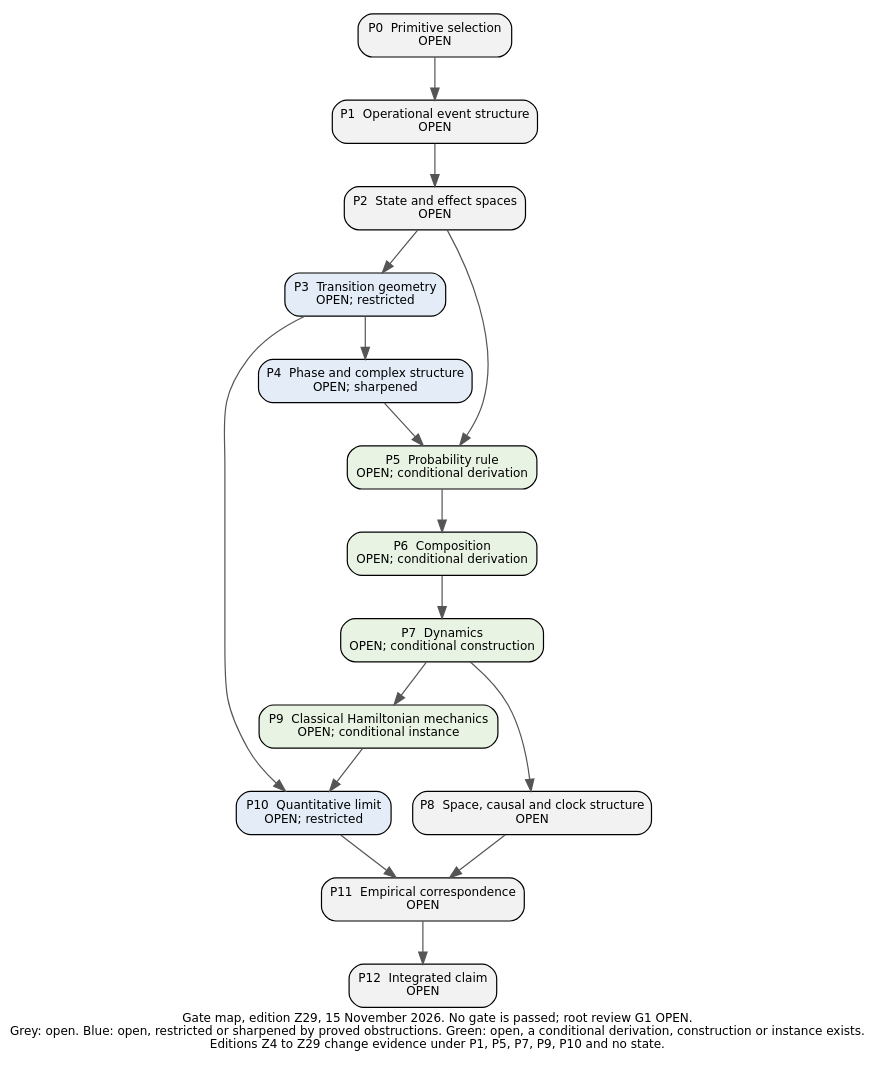
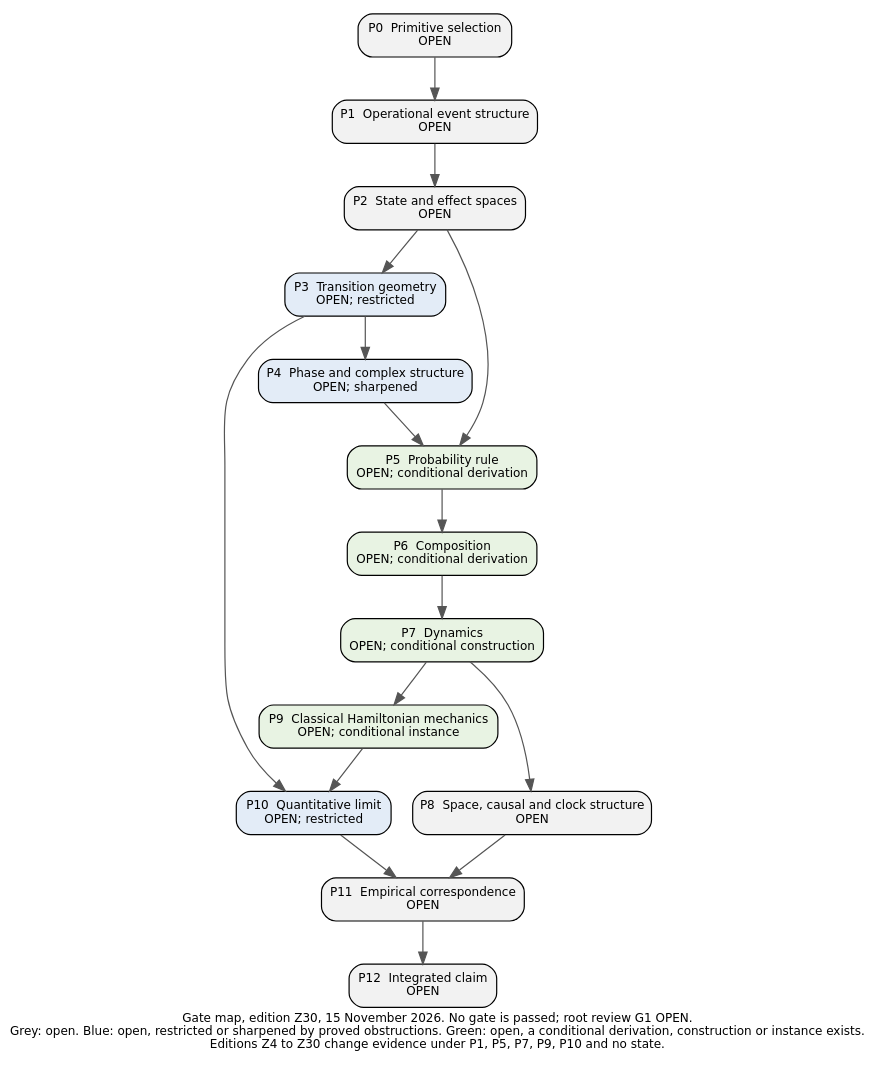
The diagram in edition/PROGRAM/figures/Gate_Map_2026-11-13.dot (KirtusJ/From-Prephysical-Hypotheses-to-Physical-Models), drawn with Graphviz before and after one commit. The commit also changed 132 other files, not shown here.

```diff
--- a/edition/PROGRAM/figures/Gate_Map_2026-11-13.dot
+++ b/edition/PROGRAM/figures/Gate_Map_2026-11-13.dot
@@ -1,30 +1,30 @@
-digraph G { rankdir=TB; node [shape=box, style="filled,rounded", fontname="DejaVu Sans", fontsize=10, margin="0.12,0.07"]; edge [color="#555555"]; label="Gate map, edition Z29, 15 November 2026. No gate is passed; root review G1 OPEN.\nGrey: open. Blue: open, restricted or sharpened by proved obstructions. Green: open, a conditional derivation, construction or instance exists.\nEditions Z4 to Z29 change evidence under P1, P5, P7, P9, P10 and no state."; fontname="DejaVu Sans"; fontsize=10; labelloc=b;
+digraph G { rankdir=TB; node [shape=box, style="filled,rounded", fontname="DejaVu Sans", fontsize=10, margin="0.12,0.07"]; edge [color="#555555"]; label="Gate map, edition Z30, 15 November 2026. No gate is passed; root review G1 OPEN.\nGrey: open. Blue: open, restricted or sharpened by proved obstructions. Green: open, a conditional derivation, construction or instance exists.\nEditions Z4 to Z30 change evidence under P1, P5, P7, P9, P10 and no state."; fontname="DejaVu Sans"; fontsize=10; labelloc=b;
 P0 [label="P0  Primitive selection\nOPEN", fillcolor="#f2f2f2"];
 P1 [label="P1  Operational event structure\nOPEN", fillcolor="#f2f2f2"];
 P2 [label="P2  State and effect spaces\nOPEN", fillcolor="#f2f2f2"];
 P3 [label="P3  Transition geometry\nOPEN; restricted", fillcolor="#e3ecf7"];
 P4 [label="P4  Phase and complex structure\nOPEN; sharpened", fillcolor="#e3ecf7"];
 P5 [label="P5  Probability rule\nOPEN; conditional derivation", fillcolor="#e8f3e3"];
 P6 [label="P6  Composition\nOPEN; conditional derivation", fillcolor="#e8f3e3"];
 P7 [label="P7  Dynamics\nOPEN; conditional construction", fillcolor="#e8f3e3"];
 P8 [label="P8  Space, causal and clock structure\nOPEN", fillcolor="#f2f2f2"];
 P9 [label="P9  Classical Hamiltonian mechanics\nOPEN; conditional instance", fillcolor="#e8f3e3"];
 P10 [label="P10  Quantitative limit\nOPEN; restricted", fillcolor="#e3ecf7"];
 P11 [label="P11  Empirical correspondence\nOPEN", fillcolor="#f2f2f2"];
 P12 [label="P12  Integrated claim\nOPEN", fillcolor="#f2f2f2"];
 P0 -> P1;
 P1 -> P2;
 P2 -> P3;
 P3 -> P4;
 P2 -> P5;
 P4 -> P5;
 P5 -> P6;
 P6 -> P7;
 P7 -> P8;
 P7 -> P9;
 P3 -> P10;
 P9 -> P10;
 P8 -> P11;
 P10 -> P11;
 P11 -> P12;
 }
```
